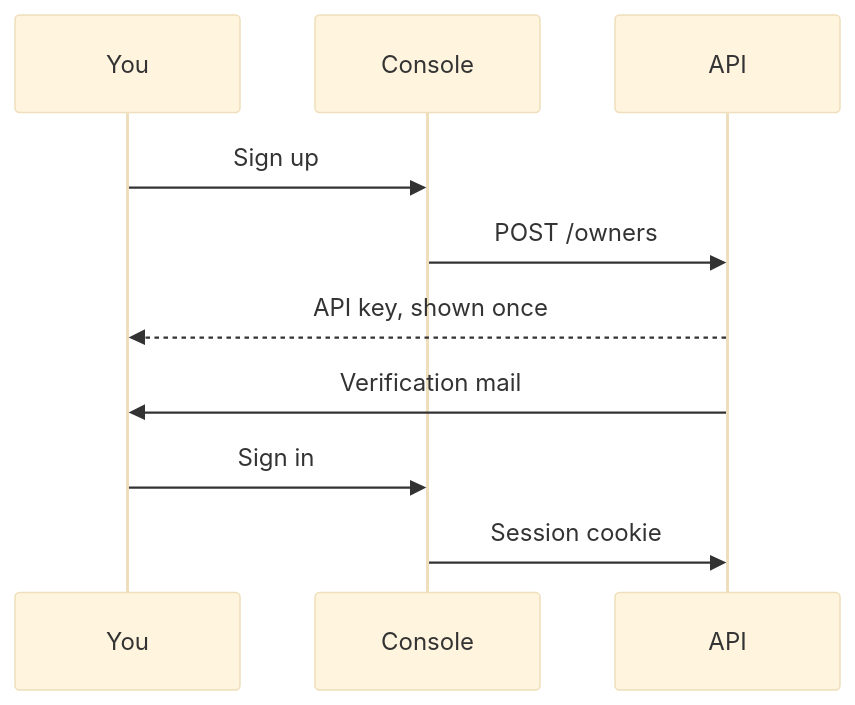
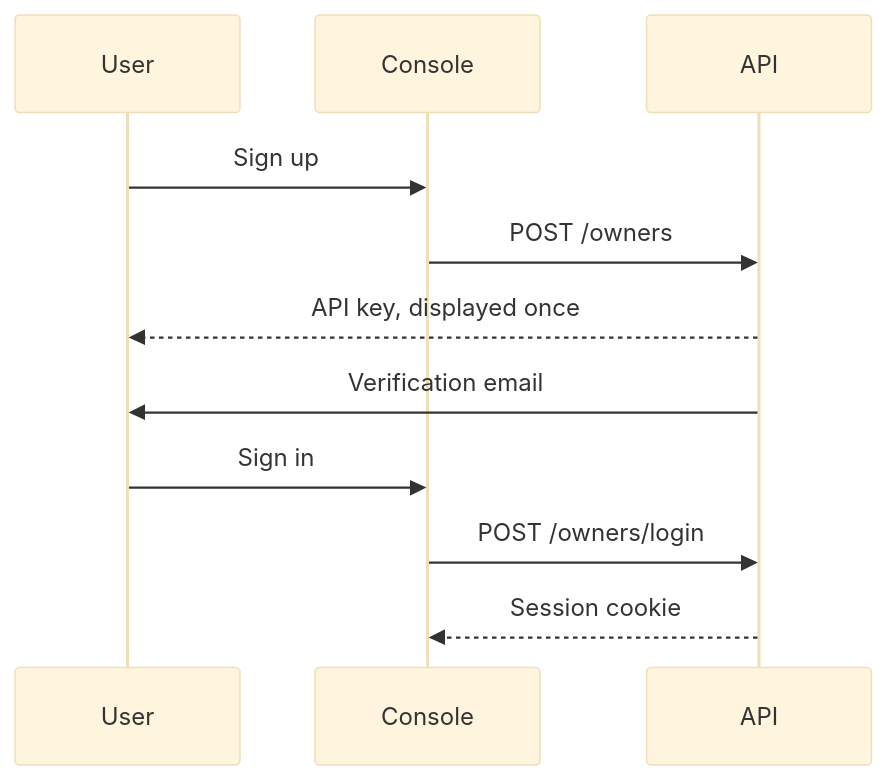
The diagram in apps/web/content/docs/en/accounts.mdx (sensical-coop/mesh-things-apps), drawn with Mermaid (base theme) before and after one commit. The commit also changed other lines of this file and 27 other files, not shown here.

````diff
--- a/apps/web/content/docs/en/accounts.mdx
+++ b/apps/web/content/docs/en/accounts.mdx
@@ -10,12 +10,13 @@
 ```mermaid
 sequenceDiagram
-  participant You
+  participant User
   participant Console
   participant API
-  You->>Console: Sign up
+  User->>Console: Sign up
   Console->>API: POST /owners
-  API-->>You: API key, shown once
-  API->>You: Verification mail
-  You->>Console: Sign in
-  Console->>API: Session cookie
+  API-->>User: API key, displayed once
+  API->>User: Verification email
+  User->>Console: Sign in
+  Console->>API: POST /owners/login
+  API-->>Console: Session cookie
 ```
````
